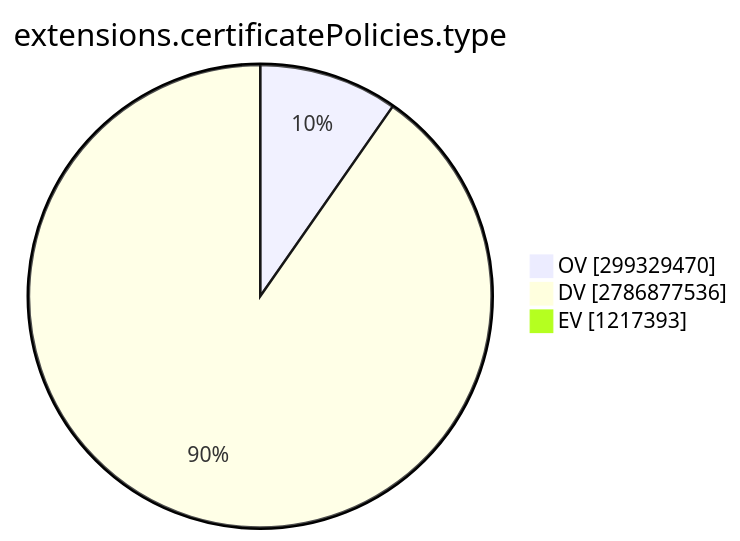
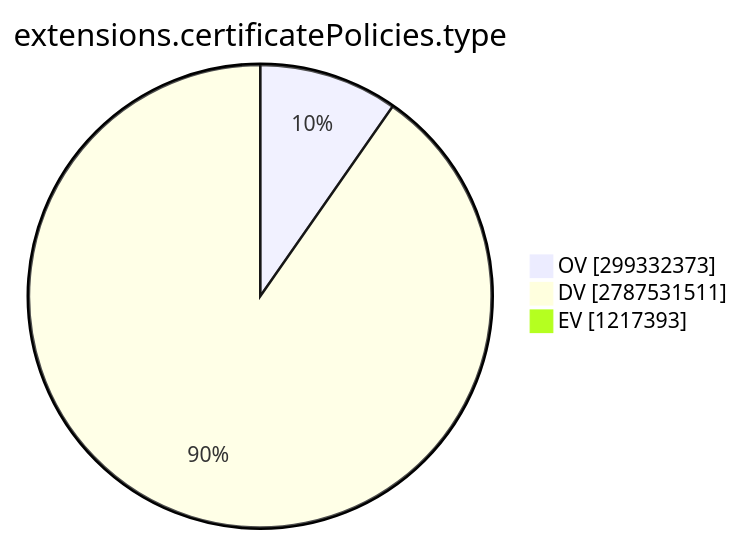
The ninth of 15 diagrams in TOTAL/README.md (christiankrug/ctmonitor_visualization), drawn with Mermaid before and after one commit. The commit also changed other lines of this file, not shown here.

````diff
--- a/TOTAL/README.md
+++ b/TOTAL/README.md
@@ -3101,7 +3101,7 @@
 ```mermaid
 pie showData
 title extensions.certificatePolicies.type
-"OV" :299329470
-"DV" :2786877536
+"OV" :299332373
+"DV" :2787531511
 "EV" :1217393
 ```
````
